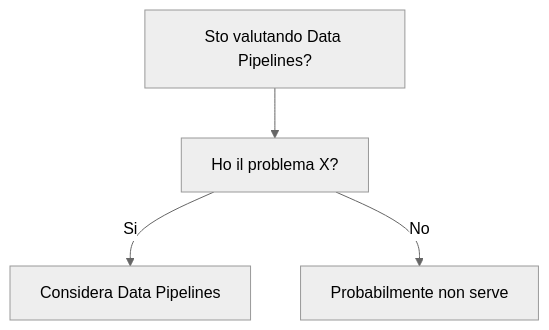
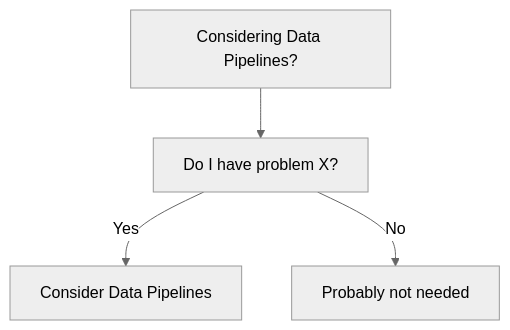
Before and after one commit to HxT9/Software-Dev-Wiki: the diagram in dev-wiki/24_Data_Engineering/Data_Pipelines/When_To_Use.md, drawn with Mermaid (neutral theme). The commit also changed other lines of this file and 3444 other files, not shown here.

````diff
--- a/dev-wiki/24_Data_Engineering/Data_Pipelines/When_To_Use.md
+++ b/dev-wiki/24_Data_Engineering/Data_Pipelines/When_To_Use.md
@@ -19,6 +19,6 @@
 ```mermaid
 flowchart TD
-  Q[Sto valutando Data Pipelines?] --> Q1[Ho il problema X?]
-  Q1 -->|Si| OK[Considera Data Pipelines]
-  Q1 -->|No| NO[Probabilmente non serve]
+  Q[Considering Data Pipelines?] --> Q1[Do I have problem X?]
+  Q1 -->|Yes| OK[Consider Data Pipelines]
+  Q1 -->|No| NO[Probably not needed]
 ```
````
